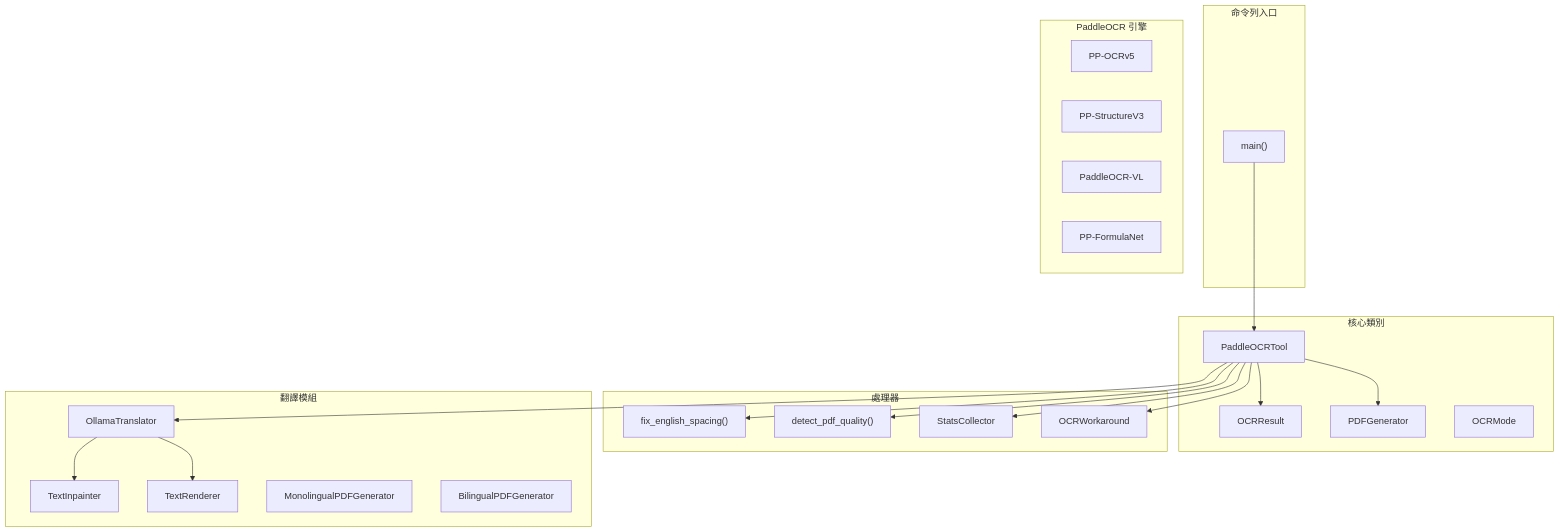
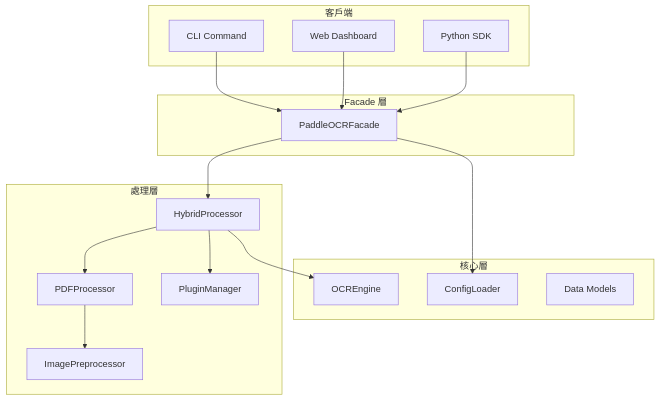
The diagram in ARCHITECTURE.md (danwin47-sys/paddleocr-toolkit), drawn with Mermaid before and after one commit. The commit also changed other lines of this file and 23 other files, not shown here.

````diff
--- a/ARCHITECTURE.md
+++ b/ARCHITECTURE.md
@@ -20,46 +25,38 @@
 ```mermaid
 graph TD
-    subgraph CLI["命令列入口"]
-        main["main()"]
+    subgraph Clients["客戶端"]
+        CLI["CLI Command"]
+        WebApp["Web Dashboard"]
+        SDK["Python SDK"]
     end
     
-    subgraph Core["核心類別"]
-        PaddleOCRTool["PaddleOCRTool"]
-        OCRResult["OCRResult"]
-        PDFGenerator["PDFGenerator"]
-        OCRMode["OCRMode"]
+    subgraph Facade["Facade 層"]
+        FacadeAPI["PaddleOCRFacade"]
     end
     
-    subgraph Processors["處理器"]
-        fix_english_spacing["fix_english_spacing()"]
-        detect_pdf_quality["detect_pdf_quality()"]
-        StatsCollector["StatsCollector"]
-        OCRWorkaround["OCRWorkaround"]
+    subgraph Core["核心層"]
+        Engine["OCREngine"]
+        Config["ConfigLoader"]
+        Models["Data Models"]
     end
     
-    subgraph Translator["翻譯模組"]
-        OllamaTranslator["OllamaTranslator"]
-        TextInpainter["TextInpainter"]
-        TextRenderer["TextRenderer"]
-        MonolingualPDFGenerator["MonolingualPDFGenerator"]
-        BilingualPDFGenerator["BilingualPDFGenerator"]
+    subgraph Processors["處理層"]
+        PDF["PDFProcessor"]
+        Hybrid["HybridProcessor"]
+        PluginMgr["PluginManager"]
+        ImageParams["ImagePreprocessor"]
     end
     
-    subgraph PaddleOCR["PaddleOCR 引擎"]
-        PP-OCRv5["PP-OCRv5"]
-        PP-StructureV3["PP-StructureV3"]
-        PaddleOCR-VL["PaddleOCR-VL"]
-        PP-FormulaNet["PP-FormulaNet"]
-    end
+    CLI --> FacadeAPI
+    WebApp --> FacadeAPI
+    SDK --> FacadeAPI
     
-    main --> PaddleOCRTool
-    PaddleOCRTool --> OCRResult
-    PaddleOCRTool --> PDFGenerator
-    PaddleOCRTool --> fix_english_spacing
-    PaddleOCRTool --> detect_pdf_quality
-    PaddleOCRTool --> StatsCollector
-    PaddleOCRTool --> OllamaTranslator
-    PaddleOCRTool --> OCRWorkaround
-    OllamaTranslator --> TextInpainter
-    OllamaTranslator --> TextRenderer
+    FacadeAPI --> Config
+    FacadeAPI --> Hybrid
+    
+    Hybrid --> PDF
+    Hybrid --> Engine
+    Hybrid --> PluginMgr
+    
+    PDF --> ImageParams
 ```
````
